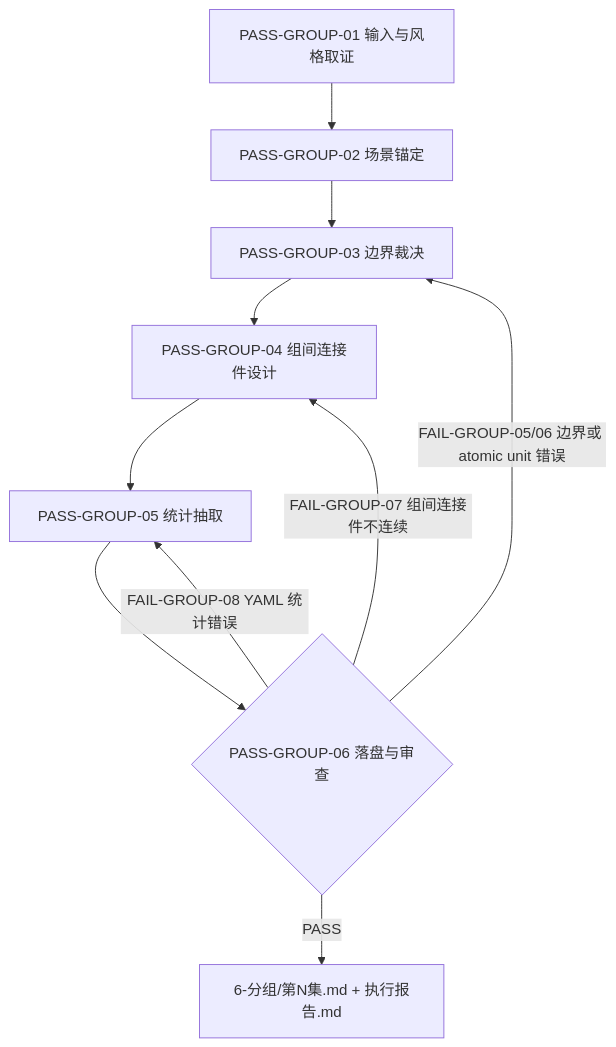
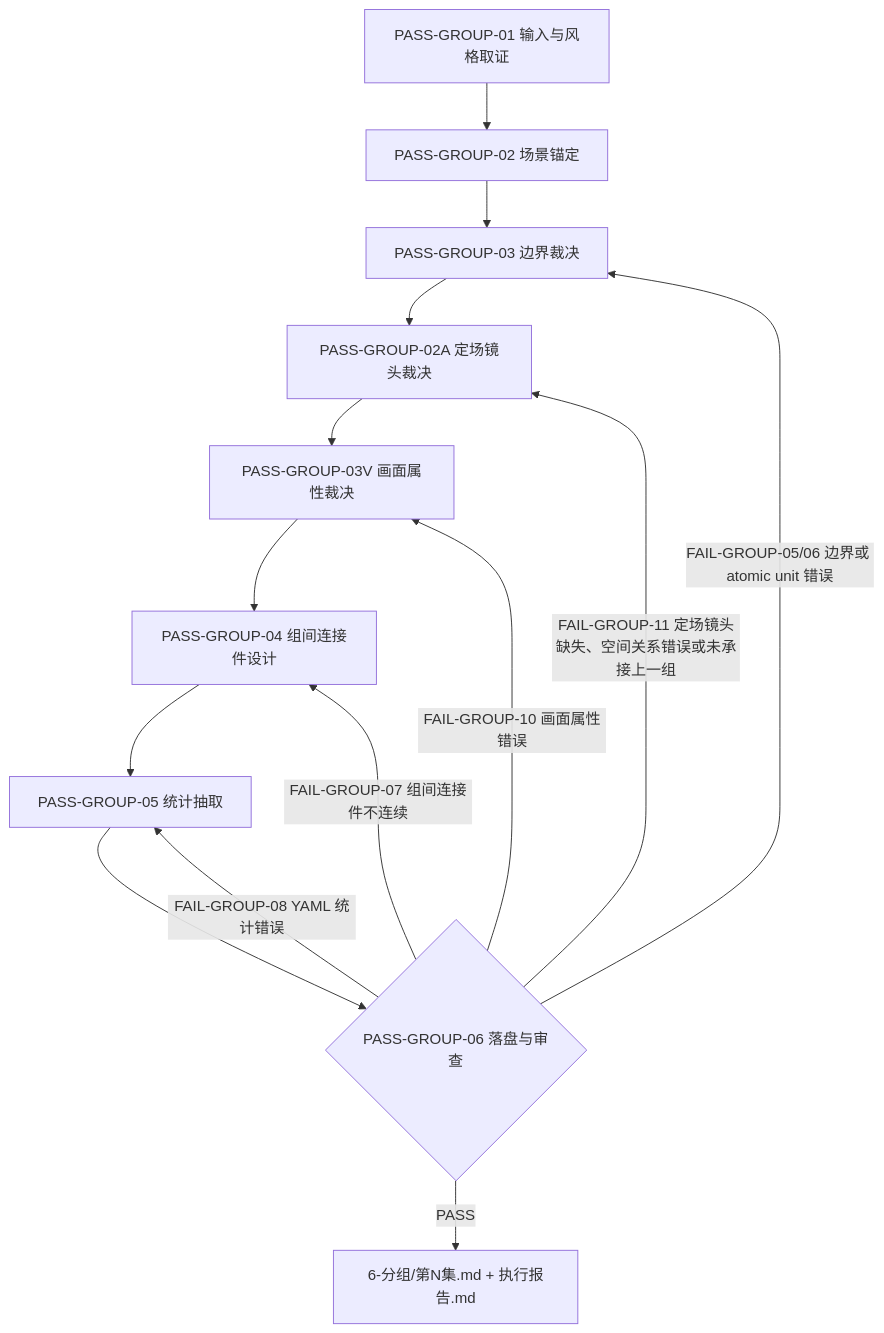
One commit to ZEN-VOID/AI-CUT changed the third of 4 diagrams in .agents/skills/aigc/6-分组/SKILL.md. Above: the diagram before and after it, drawn with Mermaid. The commit also changed other lines of this file and 86 other files, not shown here.

````diff
--- a/.agents/skills/aigc/6-分组/SKILL.md
+++ b/.agents/skills/aigc/6-分组/SKILL.md
@@ -114,12 +115,16 @@
 ```mermaid
 flowchart TD
     P1["PASS-GROUP-01 输入与风格取证"] --> P2["PASS-GROUP-02 场景锚定"]
     P2 --> P3["PASS-GROUP-03 边界裁决"]
-    P3 --> P4["PASS-GROUP-04 组间连接件设计"]
+    P3 --> P2A["PASS-GROUP-02A 定场镜头裁决"]
+    P2A --> P3V["PASS-GROUP-03V 画面属性裁决"]
+    P3V --> P4["PASS-GROUP-04 组间连接件设计"]
     P4 --> P5["PASS-GROUP-05 统计抽取"]
     P5 --> P6{"PASS-GROUP-06 落盘与审查"}
     P6 -->|"PASS"| O["6-分组/第N集.md + 执行报告.md"]
+    P6 -->|"FAIL-GROUP-11 定场镜头缺失、空间关系错误或未承接上一组"| P2A
+    P6 -->|"FAIL-GROUP-10 画面属性错误"| P3V
     P6 -->|"FAIL-GROUP-05/06 边界或 atomic unit 错误"| P3
     P6 -->|"FAIL-GROUP-07 组间连接件不连续"| P4
     P6 -->|"FAIL-GROUP-08 YAML 统计错误"| P5
 ```
````
